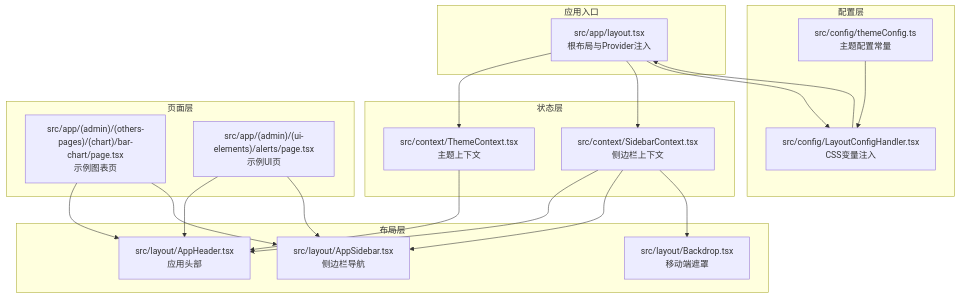
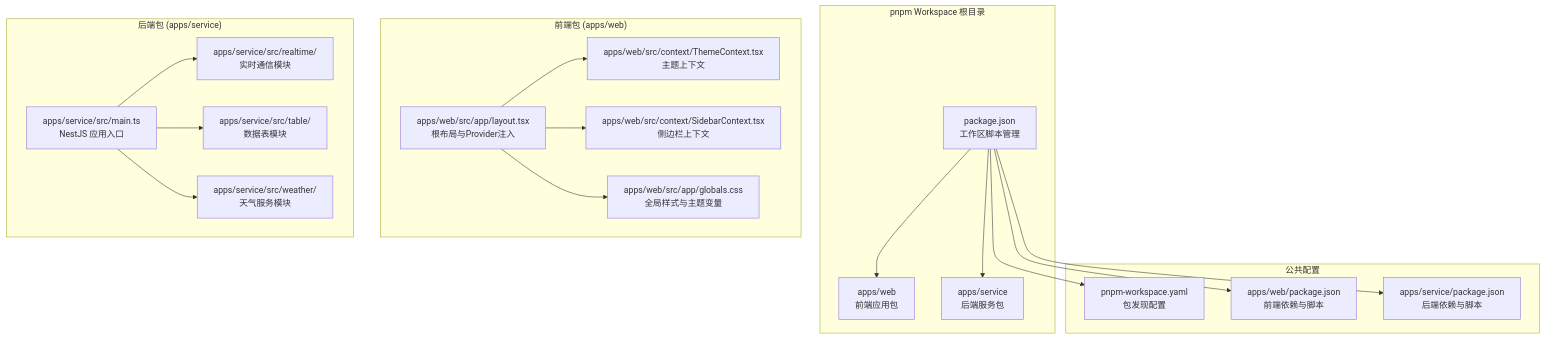
Before and after one commit to HAOFUYANG/nextjs-admin: the first of 8 diagrams in .qoder/repowiki/zh/content/架构设计/架构设计.md, drawn with Mermaid. The commit also changed other lines of this file and 6 other files, not shown here.

First line of the commit message:
refactor(package): 简化 package.json 脚本配置

````diff
--- a/.qoder/repowiki/zh/content/架构设计/架构设计.md
+++ b/.qoder/repowiki/zh/content/架构设计/架构设计.md
@@ -40,36 +47,25 @@
 ```mermaid
 graph TB
-subgraph "应用入口"
-Root["src/app/layout.tsx<br/>根布局与Provider注入"]
+subgraph "pnpm Workspace 根目录"
+Workspace["package.json<br/>工作区脚本管理"]
+Workspace --> Web["apps/web<br/>前端应用包"]
+Workspace --> Service["apps/service<br/>后端服务包"]
 end
-subgraph "布局层"
-Header["src/layout/AppHeader.tsx<br/>应用头部"]
-Sidebar["src/layout/AppSidebar.tsx<br/>侧边栏导航"]
-Backdrop["src/layout/Backdrop.tsx<br/>移动端遮罩"]
+subgraph "前端包 (apps/web)"
+WebRoot["apps/web/src/app/layout.tsx<br/>根布局与Provider注入"]
+WebRoot --> ThemeCtx["apps/web/src/context/ThemeContext.tsx<br/>主题上下文"]
+WebRoot --> SidebarCtx["apps/web/src/context/SidebarContext.tsx<br/>侧边栏上下文"]
+WebRoot --> GlobalCSS["apps/web/src/app/globals.css<br/>全局样式与主题变量"]
 end
-subgraph "状态层"
-ThemeCtx["src/context/ThemeContext.tsx<br/>主题上下文"]
-SidebarCtx["src/context/SidebarContext.tsx<br/>侧边栏上下文"]
+subgraph "后端包 (apps/service)"
+ServiceMain["apps/service/src/main.ts<br/>NestJS 应用入口"]
+ServiceMain --> Realtime["apps/service/src/realtime/<br/>实时通信模块"]
+ServiceMain --> Table["apps/service/src/table/<br/>数据表模块"]
+ServiceMain --> Weather["apps/service/src/weather/<br/>天气服务模块"]
 end
-subgraph "配置层"
-LayoutCfg["src/config/LayoutConfigHandler.tsx<br/>CSS变量注入"]
-ThemeCfg["src/config/themeConfig.ts<br/>主题配置常量"]
+subgraph "公共配置"
+Workspace --> WorkspaceCfg["pnpm-workspace.yaml<br/>包发现配置"]
+Workspace --> WebPkg["apps/web/package.json<br/>前端依赖与脚本"]
+Workspace --> ServicePkg["apps/service/package.json<br/>后端依赖与脚本"]
 end
-subgraph "页面层"
-PageBar["src/app/(admin)/(others-pages)/(chart)/bar-chart/page.tsx<br/>示例图表页"]
-PageAlerts["src/app/(admin)/(ui-elements)/alerts/page.tsx<br/>示例UI页"]
-end
-Root --> ThemeCtx
-Root --> SidebarCtx
-Root --> LayoutCfg
-ThemeCtx --> Header
-SidebarCtx --> Header
-SidebarCtx --> Sidebar
-SidebarCtx --> Backdrop
-LayoutCfg --> Root
-ThemeCfg --> LayoutCfg
-PageBar --> Header
-PageBar --> Sidebar
-PageAlerts --> Header
-PageAlerts --> Sidebar
 ```
````
